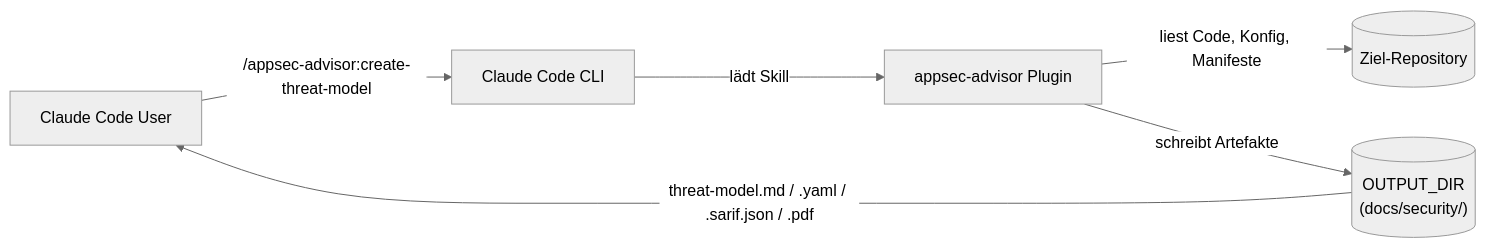
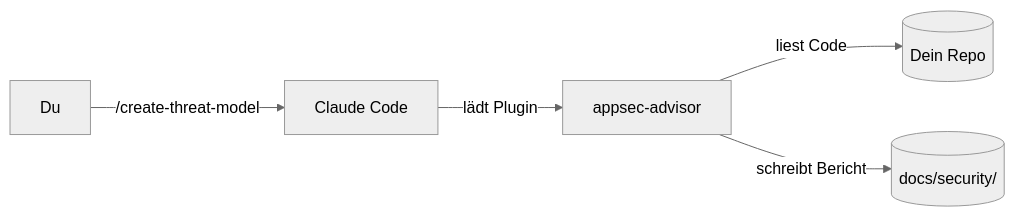
One commit to appsec-foundry/appsec-advisor changed the first of 8 diagrams in dev.md. Above: the diagram before and after it, drawn with Mermaid (neutral theme). The commit also changed other lines of this file and 44 other files, not shown here.

````diff
--- a/dev.md
+++ b/dev.md
@@ -30,14 +22,13 @@
 ```mermaid
 flowchart LR
-  user["Claude Code User"]
-  cc["Claude Code CLI"]
-  plugin["appsec-advisor Plugin"]
-  repo[("Ziel-Repository")]
-  out[("OUTPUT_DIR\n(docs/security/)")]
+  user["Du"]
+  cc["Claude Code"]
+  plugin["appsec-advisor"]
+  repo[("Dein Repo")]
+  out[("docs/security/")]
 
-  user -- "/appsec-advisor:create-threat-model" --> cc
-  cc -- "lädt Skill" --> plugin
-  plugin -- "liest Code, Konfig, Manifeste" --> repo
-  plugin -- "schreibt Artefakte" --> out
-  out -- "threat-model.md / .yaml / .sarif.json / .pdf" --> user
+  user -- "/create-threat-model" --> cc
+  cc -- "lädt Plugin" --> plugin
+  plugin -- "liest Code" --> repo
+  plugin -- "schreibt Bericht" --> out
 ```
````
